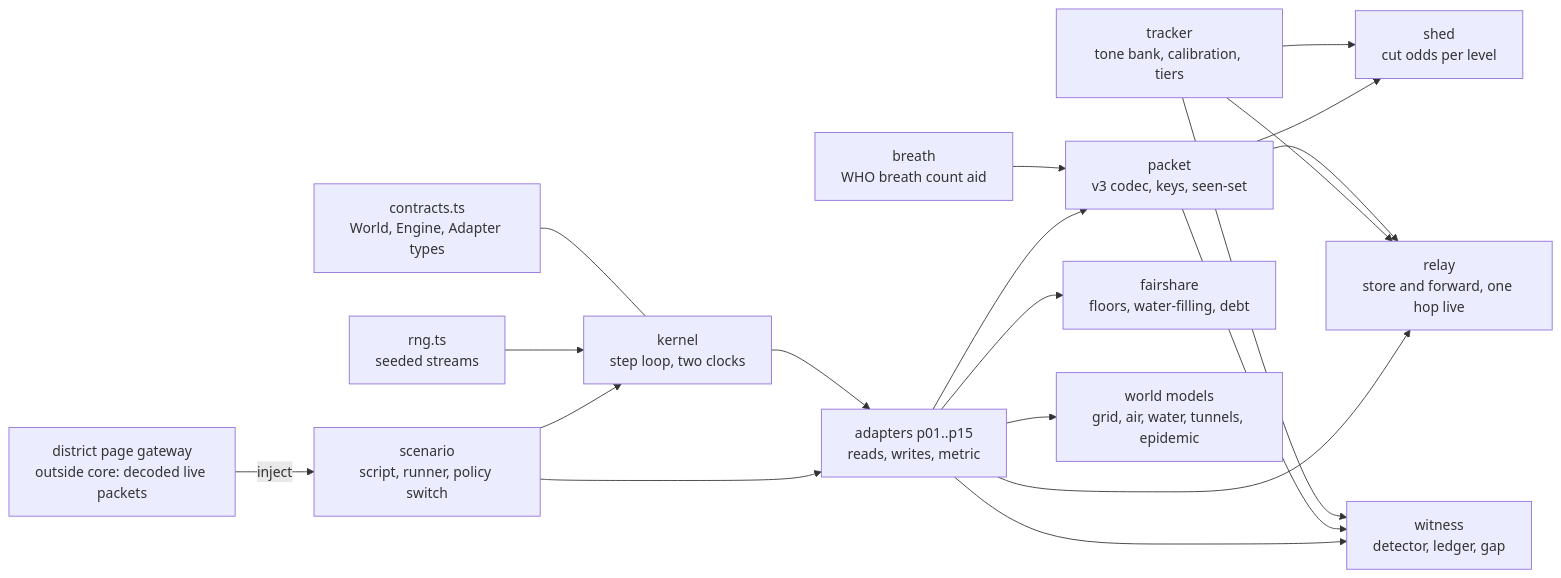
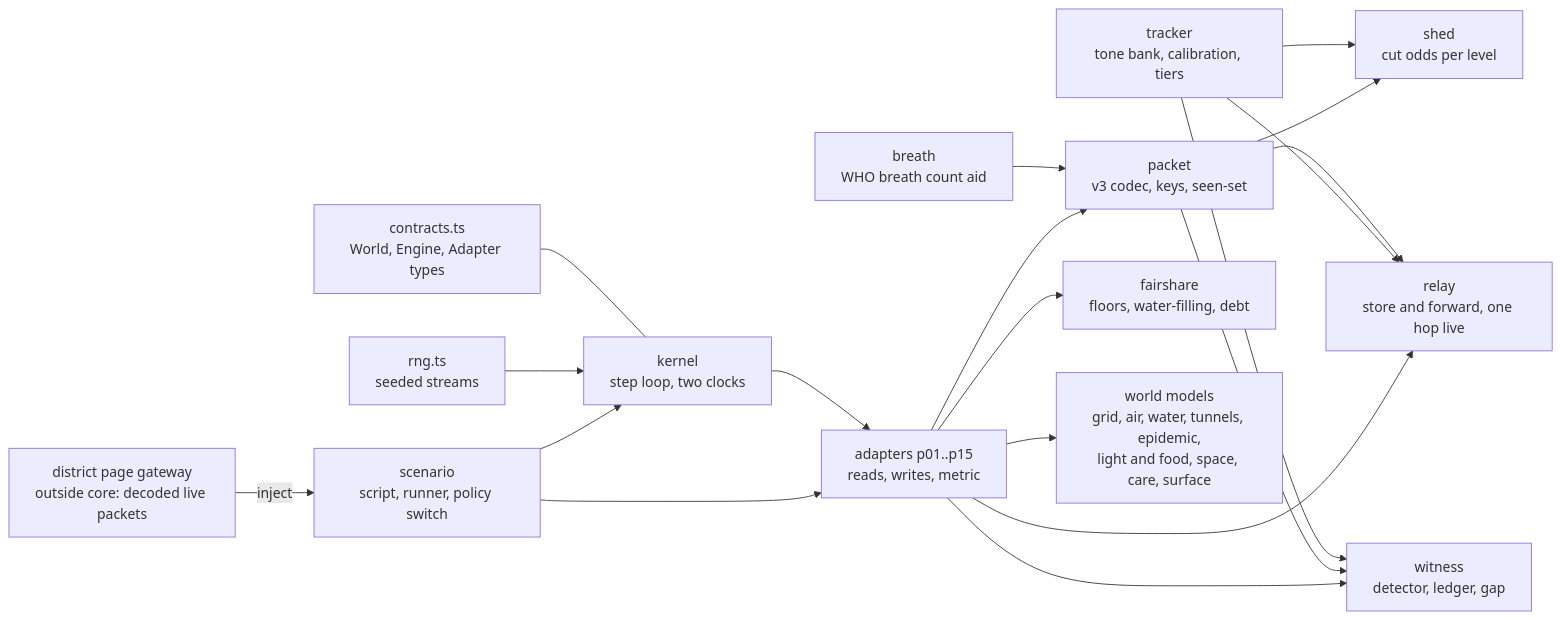
Before and after one commit to royalgillz/stratum: the diagram in docs/high-level-design.md, drawn with Mermaid. The commit also changed other lines of this file and 77 other files, not shown here.

First line of the commit message:
Rung 4 design: light-food, space, care, surface models; adapters p06, p10 to p15; seed variation, Level 5 act, stress week

````diff
--- a/docs/high-level-design.md
+++ b/docs/high-level-design.md
@@ -43,21 +44,21 @@
 ```mermaid
 flowchart LR
   C[contracts.ts<br/>World, Engine, Adapter types] --- K
   R[rng.ts<br/>seeded streams] --> K[kernel<br/>step loop, two clocks]
   T[tracker<br/>tone bank, calibration, tiers] --> W[witness<br/>detector, ledger, gap]
   P[packet<br/>v3 codec, keys, seen-set] --> W
   T --> S[shed<br/>cut odds per level]
   P --> S
   P --> RL[relay<br/>store and forward, one hop live]
   T --> RL
   B[breath<br/>WHO breath count aid] --> P
   K --> A[adapters p01..p15<br/>reads, writes, metric]
   A --> W
   A --> F[fairshare<br/>floors, water-filling, debt]
   A --> P
   A --> RL
-  A --> WM[world models<br/>grid, air, water, tunnels, epidemic]
+  A --> WM[world models<br/>grid, air, water, tunnels, epidemic,<br/>light and food, space, care, surface]
   SC[scenario<br/>script, runner, policy switch] --> K
   SC --> A
   G[district page gateway<br/>outside core: decoded live packets] -->|inject| SC
 ```
````
